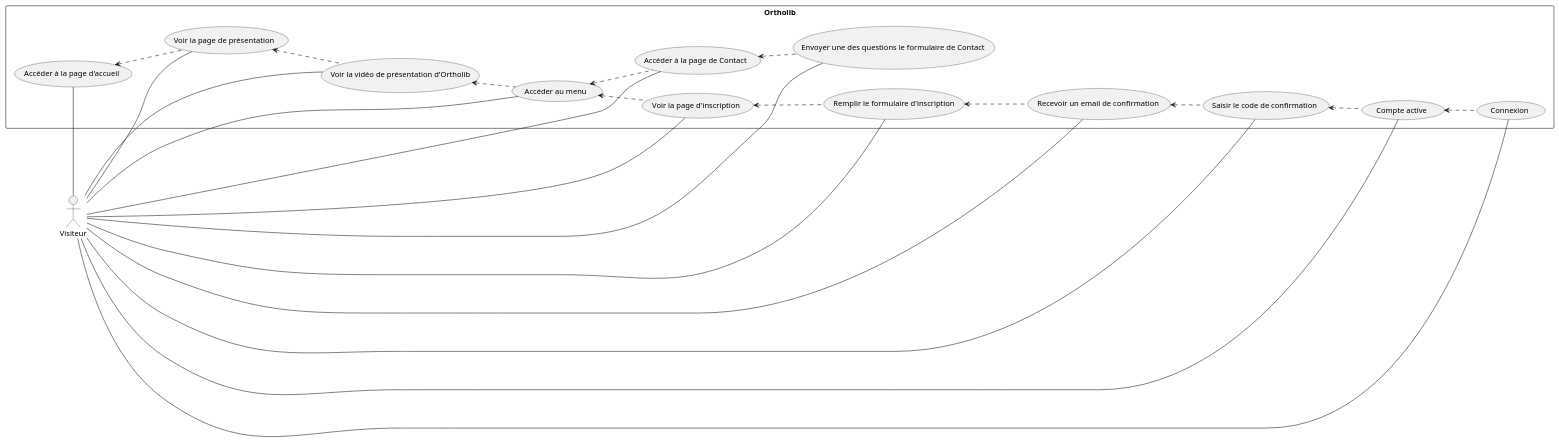
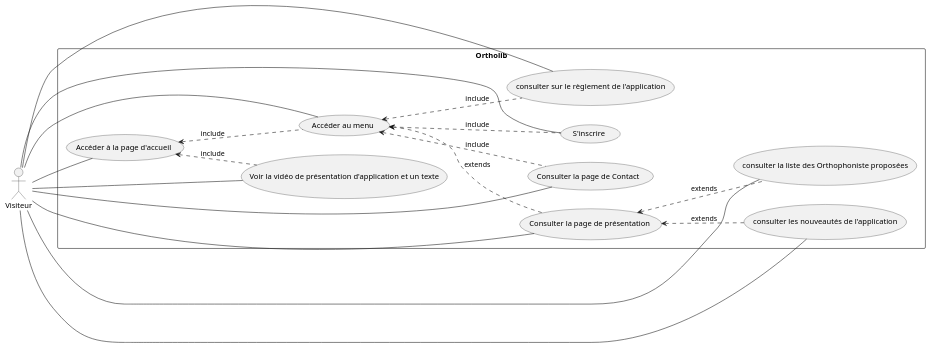
One commit to elamranibilel/Ortholib changed the diagram in analyse/UML/Fonctionnel/visiteur.wsd. Above: the diagram before and after it, drawn with PlantUML.

Commit message:
visiteur fonctinnel

```diff
--- a/analyse/UML/Fonctionnel/visiteur.wsd
+++ b/analyse/UML/Fonctionnel/visiteur.wsd
@@ -1,49 +1,43 @@
 @startuml Application_visiteur
 
 left to right direction
 actor Visiteur
 
 rectangle Ortholib {
     usecase (Accéder à la page d'accueil) as accueil 
-    usecase (Voir la page de présentation ) as Presentation
-    usecase (Voir la vidéo de présentation d'Ortholib) as VideoPresentation
+    usecase (Voir la vidéo de présentation d'application et un texte) as VideoPresentation
     usecase (Accéder au menu) as menu
-    usecase (Accéder à la page de Contact ) as contact
-    usecase (Envoyer une des questions le formulaire de Contact ) as questionContact 
-    usecase (Voir la page d'inscription) as inscription
-    usecase (Remplir le formulaire d'inscription) as formulaireInscription
-    usecase (Recevoir un email de confirmation ) as emailConfirmation
-    usecase (Saisir le code de confirmation) as codeConfirmation
-    usecase (Compte active) as compteActive
-    usecase (Connexion) as connexion
+    usecase (Consulter la page de Contact ) as contact
+    usecase (Consulter la page de présentation ) as Presentation
+    usecase (consulter la liste des Orthophoniste proposées) as ListeOrthophonistes
+    usecase (consulter sur le règlement de l'application) as ReglementApplication
+    usecase (consulter les nouveautés de l'application) as NouveautesApplication
+/'  usecase (Envoyer une des questions au formulaire de Contact ) as questionContact '/    
+    usecase (S'inscrire) as inscription
+    /' usecase (Recevoir un email de confirmation ) as emailConfirmation
+    usecase (Saisir le code de confirmation) as codeConfirmation '/
 }
 
 /' ACTOR -- USECASE'/
 Visiteur -- accueil
-Visiteur -- Presentation
 Visiteur -- VideoPresentation
 Visiteur -- menu
+Visiteur -- Presentation
+Visiteur -- ListeOrthophonistes
+Visiteur -- ReglementApplication
+Visiteur -- NouveautesApplication
 Visiteur -- contact
-Visiteur -- questionContact
 Visiteur -- inscription
-Visiteur -- formulaireInscription
-Visiteur -- emailConfirmation
-Visiteur -- codeConfirmation
-Visiteur -- compteActive
-Visiteur -- connexion
 
 
 /' USECASE -- USECASE '/
-accueil <.. Presentation
-Presentation <.. VideoPresentation
-VideoPresentation <.. menu
-menu <.. contact
-contact <.. questionContact
-menu <.. inscription
-inscription <.. formulaireInscription
-formulaireInscription <.. emailConfirmation
-emailConfirmation <.. codeConfirmation
-codeConfirmation <.. compteActive
-compteActive <.. connexion
+accueil <.. VideoPresentation : include
+accueil <.. menu : include
+menu <.. Presentation : extends
+menu <.. ReglementApplication : include
+Presentation <.. ListeOrthophonistes : extends
+Presentation <.. NouveautesApplication : extends
+menu <.. contact : include
+menu <.. inscription : include
 
 @enduml
```
